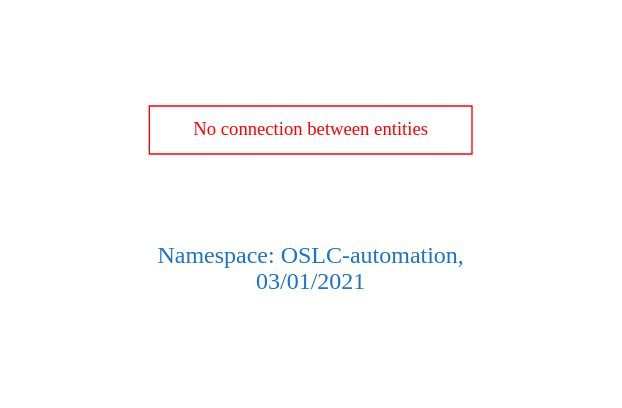
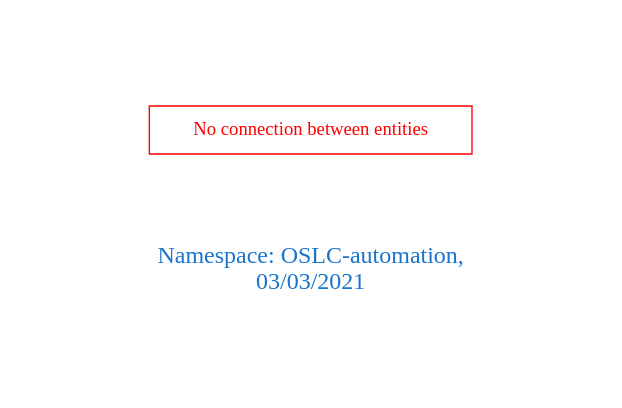
Before and after one commit to arago/OGIT: the diagram in downloads/OSLC-automation.dot, drawn with Graphviz. The commit also changed 1845 other files, not shown here.

```diff
--- a/downloads/OSLC-automation.dot
+++ b/downloads/OSLC-automation.dot
@@ -1,9 +1,9 @@
 digraph OGIT_ontology {
  graph [ rankdir= LR,pad=1 
 fontsize = 18,
-fontcolor= dodgerblue3,label = "\n\n\nNamespace: OSLC-automation, \n 03/01/2021"];
+fontcolor= dodgerblue3,label = "\n\n\nNamespace: OSLC-automation, \n 03/03/2021"];
 node[shape=polygon];
 edge [  color="gray81"];
 
 "No connection between entities" [fontcolor = "red",color="red", shape="polygon"]
 }
```
